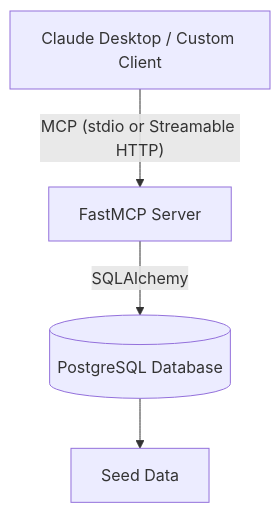
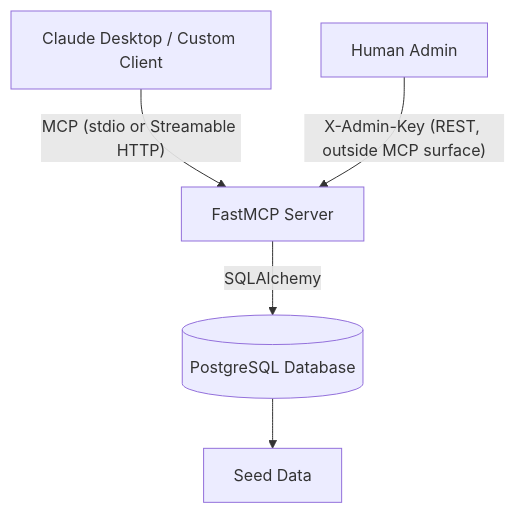
Before and after one commit to josephkamau32/erp-lite-mcp: the diagram in README.md, drawn with Mermaid. The commit also changed other lines of this file and 1 other file, not shown here.

````diff
--- a/README.md
+++ b/README.md
@@ -18,6 +19,7 @@
 ```mermaid
 graph TD
     Client[Claude Desktop / Custom Client] -- "MCP (stdio or Streamable HTTP)" --> FastMCP[FastMCP Server]
     FastMCP -- "SQLAlchemy" --> DB[(PostgreSQL Database)]
     DB --> Seed[Seed Data]
+    Admin[Human Admin] -- "X-Admin-Key (REST, outside MCP surface)" --> FastMCP
 ```
````
